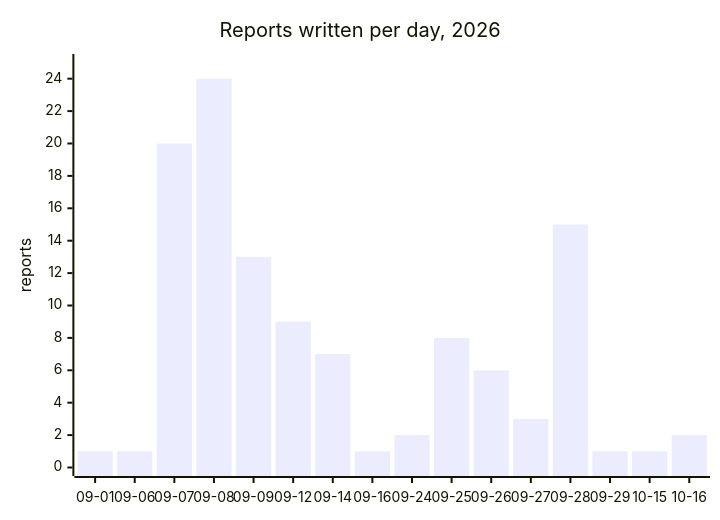
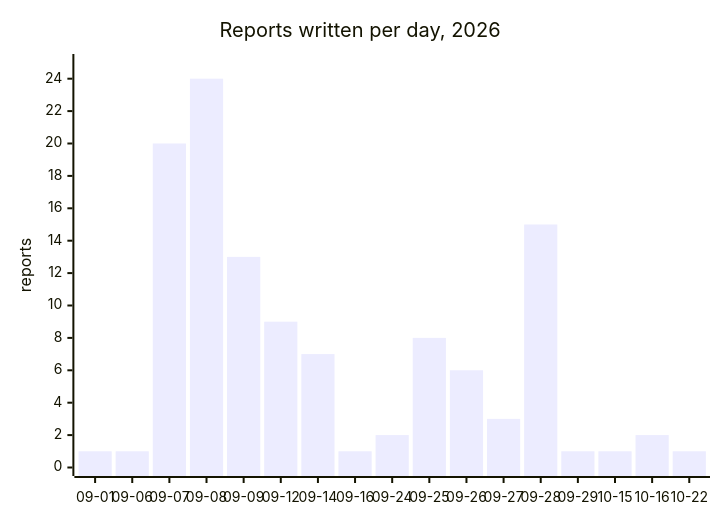
One commit to cluster2600/porscheparts changed the diagram in docs/reports/README.md. Above: the diagram before and after it, drawn with Mermaid. The commit also changed other lines of this file and 110 other files, not shown here.

````diff
--- a/docs/reports/README.md
+++ b/docs/reports/README.md
@@ -7,7 +7,7 @@
 ```mermaid
 xychart-beta
     title "Reports written per day, 2026"
-    x-axis ["09-01", "09-06", "09-07", "09-08", "09-09", "09-12", "09-14", "09-16", "09-24", "09-25", "09-26", "09-27", "09-28", "09-29", "10-15", "10-16"]
+    x-axis ["09-01", "09-06", "09-07", "09-08", "09-09", "09-12", "09-14", "09-16", "09-24", "09-25", "09-26", "09-27", "09-28", "09-29", "10-15", "10-16", "10-22"]
     y-axis "reports" 0 --> 25
-    bar [1, 1, 20, 24, 13, 9, 7, 1, 2, 8, 6, 3, 15, 1, 1, 2]
+    bar [1, 1, 20, 24, 13, 9, 7, 1, 2, 8, 6, 3, 15, 1, 1, 2, 1]
 ```
````
